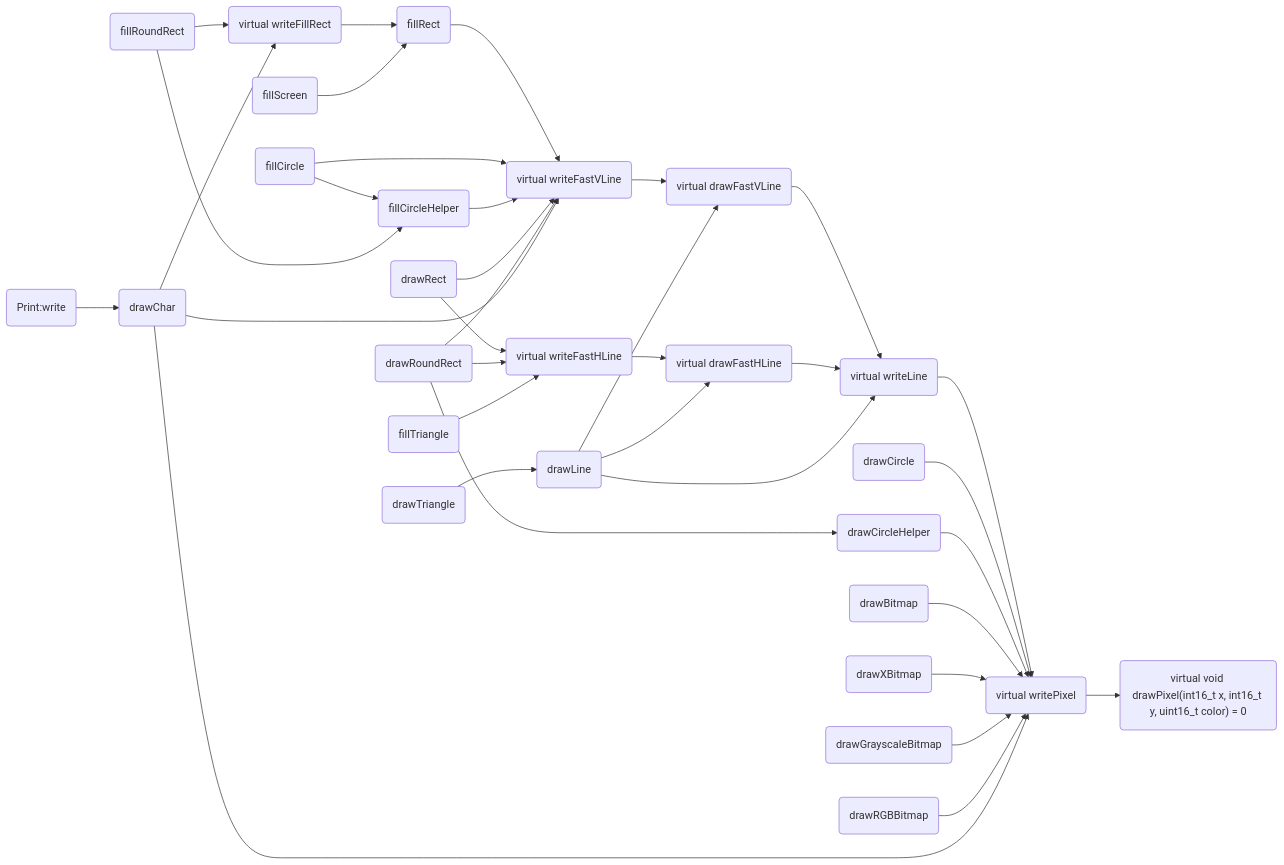
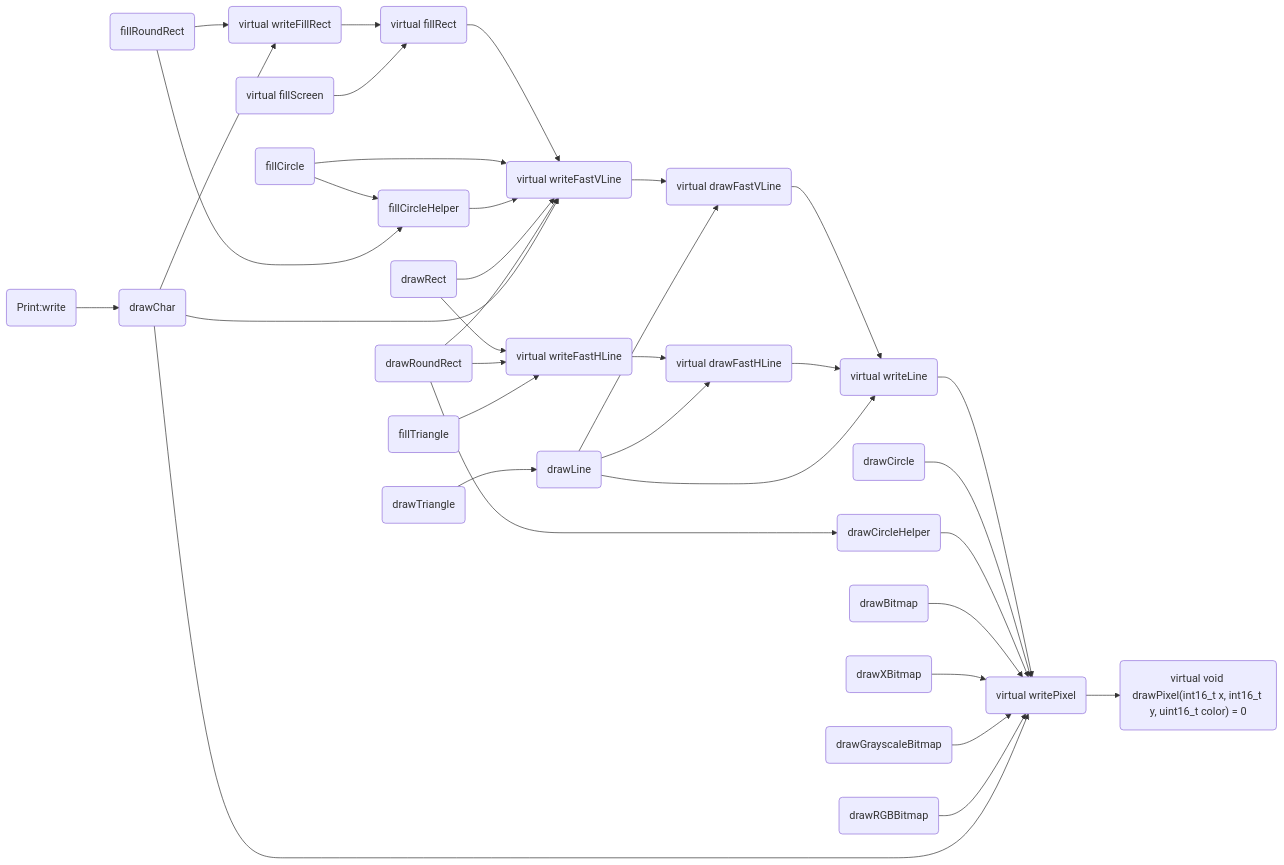
Before and after one commit to icodezhanglei/iodraw-files: the diagram in all/未命名.md, drawn with Mermaid.

Commit message:
2024-09-13 18:54:05 update

````diff
--- a/all/未命名.md
+++ b/all/未命名.md
@@ -1,59 +1,59 @@
 ```mermaid
 flowchart LR
 
 drawPixel("virtual void drawPixel(int16_t x, int16_t y, uint16_t color) = 0")
 writePixel(virtual writePixel)
 writeFillRect(virtual writeFillRect)
 writeFastVLine(virtual writeFastVLine)
 writeFastHLine(virtual writeFastHLine)
 writeLine(virtual writeLine)
 drawFastVLine(virtual drawFastVLine)
 drawFastHLine(virtual drawFastHLine)
-fillRect(fillRect)
-fillScreen(fillScreen)
+fillRect(virtual fillRect)
+fillScreen(virtual fillScreen)
 drawLine(drawLine)
 drawRect(drawRect)
 drawCircle(drawCircle)
 drawCircleHelper(drawCircleHelper)
 fillCircle(fillCircle)
 fillCircleHelper(fillCircleHelper)
 drawTriangle(drawTriangle)
 fillTriangle(fillTriangle)
 drawRoundRect(drawRoundRect)
 fillRoundRect(fillRoundRect)
 drawBitmap(drawBitmap)
 drawXBitmap(drawXBitmap)
 drawGrayscaleBitmap(drawGrayscaleBitmap)
 drawRGBBitmap(drawRGBBitmap)
 drawChar(drawChar)
 write(Print:write)
 
 
 writeLine --> writePixel --> drawPixel
 
 writeFastVLine --> drawFastVLine
 drawFastVLine --> writeLine
 
 writeFastHLine --> drawFastHLine
 drawFastHLine --> writeLine
 
 writeFillRect --> fillRect --> writeFastVLine
 
 fillScreen --> fillRect
 drawLine --> drawFastVLine & drawFastHLine &  writeLine
 drawCircle -->  writePixel
 drawCircleHelper --> writePixel
 fillCircle --> writeFastVLine & fillCircleHelper
 fillCircleHelper --> writeFastVLine
 drawRect --> writeFastHLine & writeFastVLine
 drawRoundRect --> writeFastHLine & writeFastVLine & drawCircleHelper
 fillRoundRect -->  writeFillRect & fillCircleHelper
 drawTriangle --> drawLine
 fillTriangle --> writeFastHLine
 drawBitmap -->  writePixel
 drawXBitmap -->  writePixel
 drawGrayscaleBitmap -->  writePixel
 drawRGBBitmap --> writePixel
 drawChar --> writePixel & writeFillRect & writeFastVLine
 write --> drawChar
 ```
````
